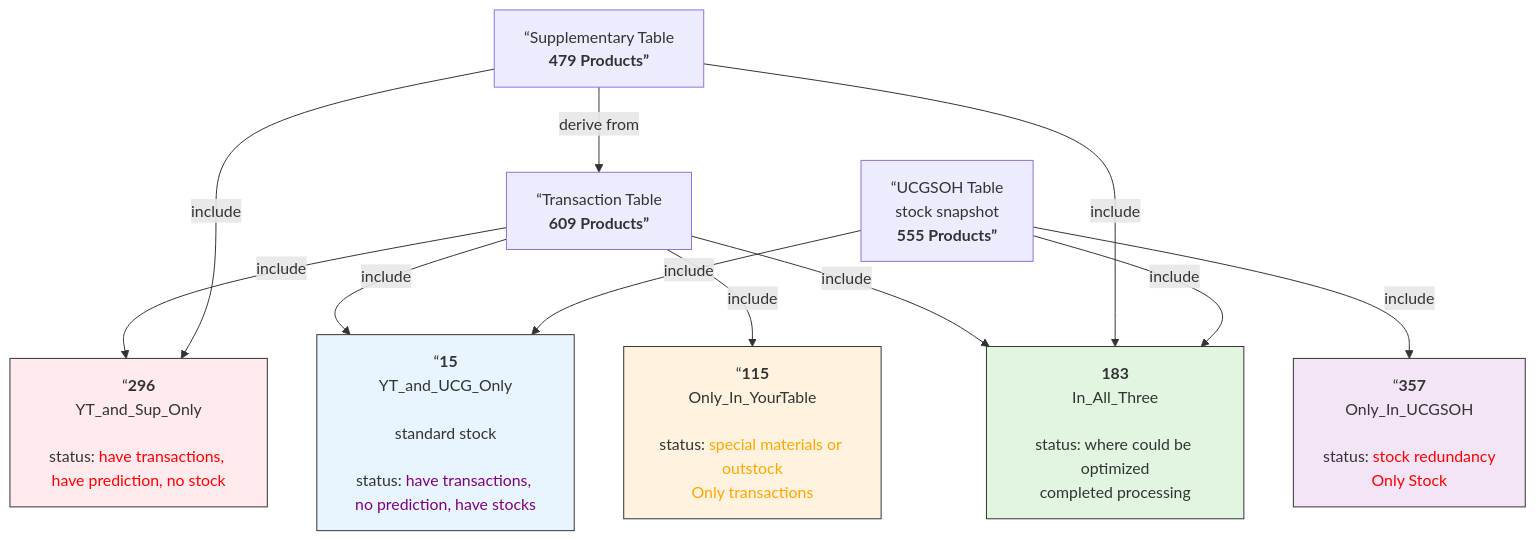
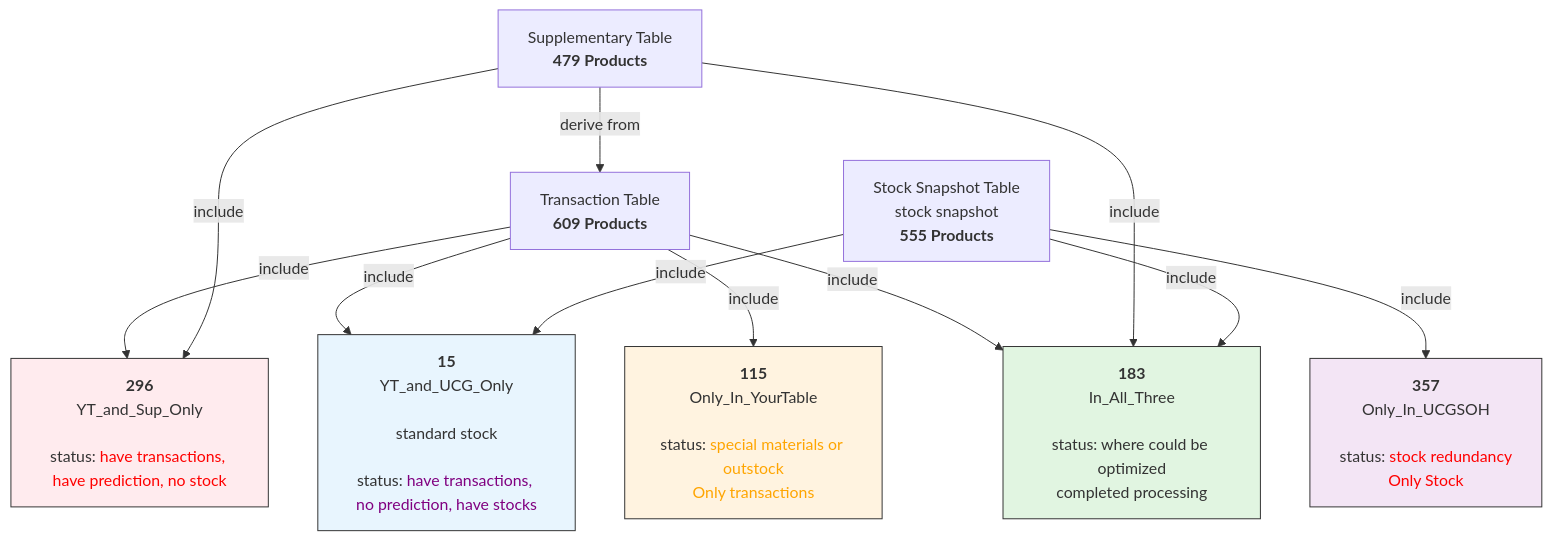
The diagram in Telecommunication/Table relationships by productcode.md (Inessa-YG/Marketing), drawn with Mermaid before and after one commit.

Commit message:
Fix formatting in product code relationships diagram

````diff
--- a/Telecommunication/Table relationships by productcode.md
+++ b/Telecommunication/Table relationships by productcode.md
@@ -1,37 +1,37 @@
 ```mermaid
 flowchart TD
-    A[“Transaction Table<br><b>609 Products”]
+    A[Transaction Table<br><b>609 Products]
 
-    B[“Supplementary Table<br><b>479 Products”]
+    B[Supplementary Table<br><b>479 Products]
 
-    C[“UCGSOH Table<br>stock snapshot<br><b>555 Products”]
+    C[Stock Snapshot Table<br>stock snapshot<br><b>555 Products]
 
-    AB[“<b>296</b><br>YT_and_Sup_Only<br><br>status: <font color=red>have transactions, have prediction, no stock]
+    AB[<b>296</b><br>YT_and_Sup_Only<br><br>status: <font color=red>have transactions, have prediction, no stock]
 
-    AC[“<b>15</b><br>YT_and_UCG_Only<br><br>standard stock<br><br>status: <font color=purple>have transactions, no prediction, have stocks]
+    AC[<b>15</b><br>YT_and_UCG_Only<br><br>standard stock<br><br>status: <font color=purple>have transactions, no prediction, have stocks]
 
-    A_Only[“<b>115</b><br>Only_In_YourTable<br><br>status: <font color=orange>special materials or outstock<br>Only transactions]
+    A_Only[<b>115</b><br>Only_In_YourTable<br><br>status: <font color=orange>special materials or outstock<br>Only transactions]
 
-    C_Only[“<b>357</b><br>Only_In_UCGSOH<br><br>status: <font color=red>stock redundancy<br>Only Stock]
+    C_Only[<b>357</b><br>Only_In_UCGSOH<br><br>status: <font color=red>stock redundancy<br>Only Stock]
 
     ABC["<b>183</b><br>In_All_Three<br><br>status: where could be optimized<br>completed processing"]
 
     A -->|include| AB
     A -->|include| AC
     A -->|include| A_Only
     A -->|include| ABC
 
     B -->|derive from| A
     B -->|include| AB
     B -->|include| ABC
 
     C -->|include| AC
     C -->|include| C_Only
     C -->|include| ABC
 
     style ABC fill:#e1f5e1,stroke:#333
     style AB fill:#ffebee,stroke:#333
     style A_Only fill:#fff3e0,stroke:#333
     style C_Only fill:#f3e5f5,stroke:#333
     style AC fill:#e8f5fe,stroke:#333
 ```
````
